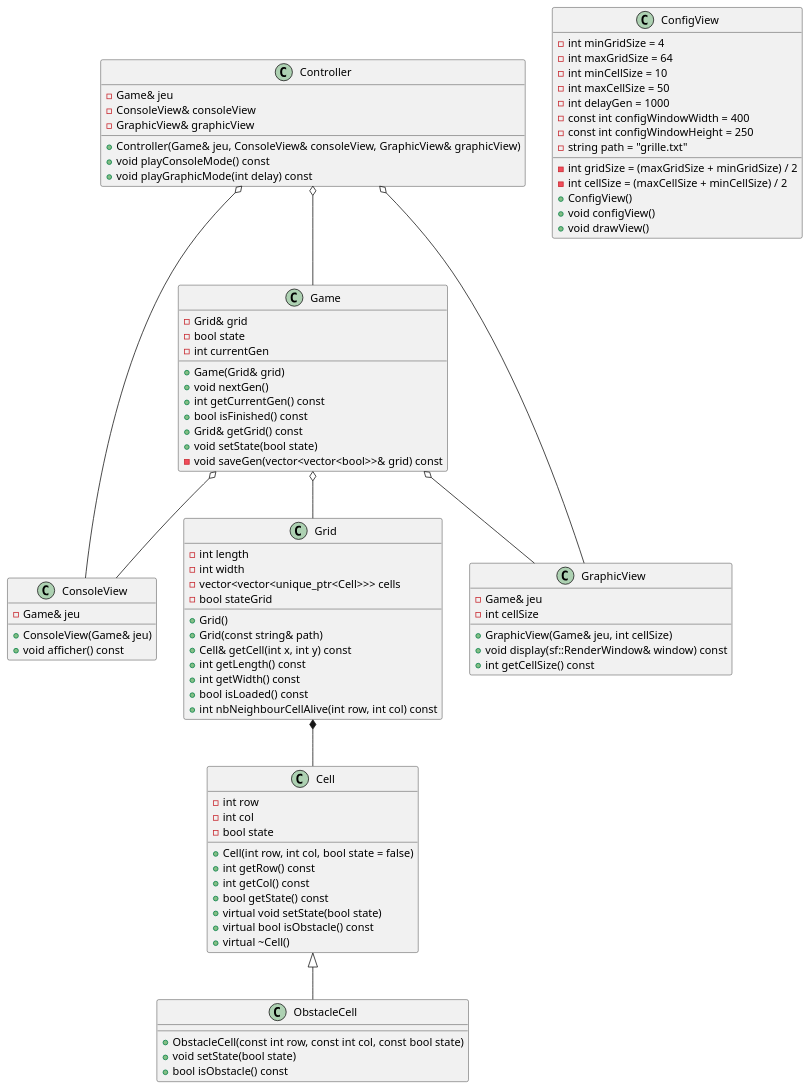
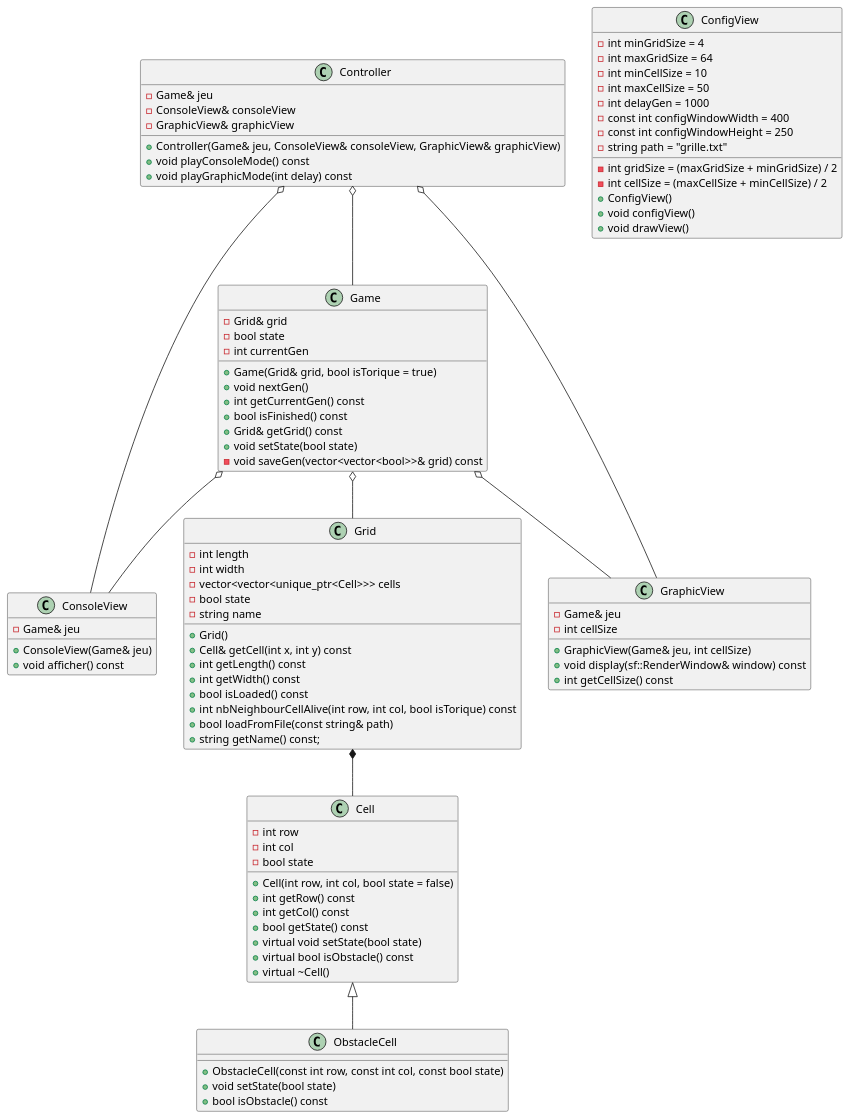
The diagram in diagram-class.puml (RiperPro03/LifeGame), drawn with PlantUML before and after one commit. The commit also changed 3 other files, not shown here.

```diff
--- a/diagram-class.puml
+++ b/diagram-class.puml
@@ -1,104 +1,106 @@
 @startuml
 
 class Cell {
     - int row
     - int col
     - bool state
     + Cell(int row, int col, bool state = false)
     + int getRow() const
     + int getCol() const
     + bool getState() const
     + virtual void setState(bool state)
     + virtual bool isObstacle() const
     + virtual ~Cell()
 }
 
 class ObstacleCell {
     + ObstacleCell(const int row, const int col, const bool state)
     + void setState(bool state)
     + bool isObstacle() const
 }
 
 class Grid {
     - int length
     - int width
     - vector<vector<unique_ptr<Cell>>> cells
-    - bool stateGrid
+    - bool state
+    - string name
     + Grid()
-    + Grid(const string& path)
     + Cell& getCell(int x, int y) const
     + int getLength() const
     + int getWidth() const
     + bool isLoaded() const
-    + int nbNeighbourCellAlive(int row, int col) const
+    + int nbNeighbourCellAlive(int row, int col, bool isTorique) const
+    + bool loadFromFile(const string& path)
+    + string getName() const;
 }
 
 class Game {
     - Grid& grid
     - bool state
     - int currentGen
-    + Game(Grid& grid)
+    + Game(Grid& grid, bool isTorique = true)
     + void nextGen()
     + int getCurrentGen() const
     + bool isFinished() const
     + Grid& getGrid() const
     + void setState(bool state)
     - void saveGen(vector<vector<bool>>& grid) const
 }
 
 class Controller {
     - Game& jeu
     - ConsoleView& consoleView
     - GraphicView& graphicView
     + Controller(Game& jeu, ConsoleView& consoleView, GraphicView& graphicView)
     + void playConsoleMode() const
     + void playGraphicMode(int delay) const
 }
 
 class ConfigView {
     - int minGridSize = 4
     - int maxGridSize = 64
     - int gridSize = (maxGridSize + minGridSize) / 2
     - int minCellSize = 10
     - int maxCellSize = 50
     - int cellSize = (maxCellSize + minCellSize) / 2
     - int delayGen = 1000
     - const int configWindowWidth = 400
     - const int configWindowHeight = 250
     - string path = "grille.txt"
     + ConfigView()
     + void configView()
     + void drawView()
 }
 
 class ConsoleView {
    - Game& jeu
    + ConsoleView(Game& jeu)
    + void afficher() const
 }
 
 class GraphicView {
    - Game& jeu
    - int cellSize
    + GraphicView(Game& jeu, int cellSize)
    + void display(sf::RenderWindow& window) const
    + int getCellSize() const
 }
 
 Cell <|-- ObstacleCell
 
 Game o-- Grid
 
 Grid *-- Cell
 
 Game o-- ConsoleView
 
 Game o-- GraphicView
 
 Controller o-- Game
 
 Controller o-- ConsoleView
 
 Controller o-- GraphicView
 
 @enduml
```
